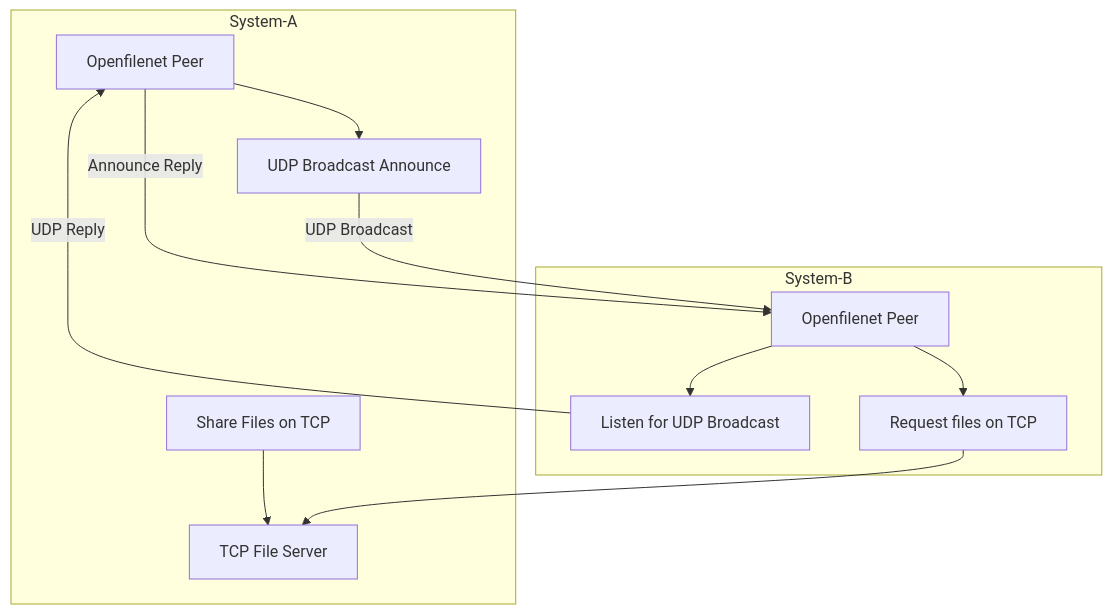
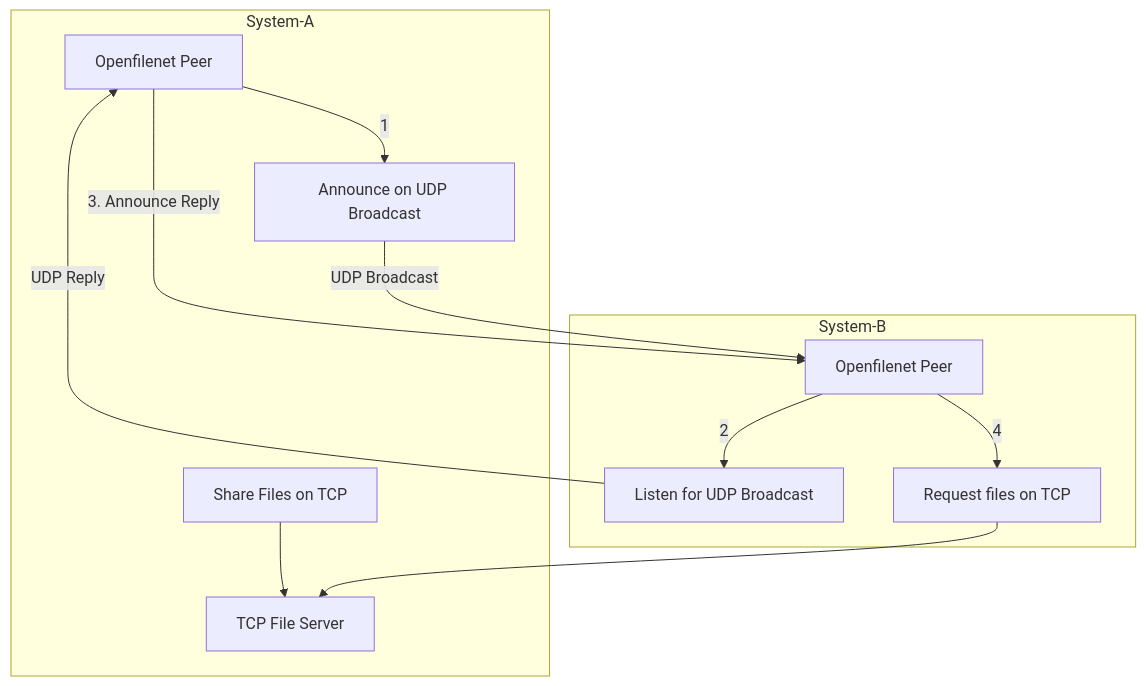
Before and after one commit to vamsi-karnam/openfilenet: the diagram in README.md, drawn with Mermaid.

Commit message:
update flowchart

````diff
--- a/README.md
+++ b/README.md
@@ -44,25 +44,25 @@
 ```mermaid
 flowchart TD
 
 subgraph System-A
   P1[Openfilenet Peer]
-  A1[UDP Broadcast Announce]
+  A1[Announce on UDP Broadcast]
   A2[Share Files on TCP]
   A3[TCP File Server]
 end
 
 subgraph System-B
   P2[Openfilenet Peer]
   B1[Listen for UDP Broadcast]
   B2[Request files on TCP]
 end
 
-P1 --> A1
+P1 -- "1" --> A1
 A1 -- "UDP Broadcast" --> P2
-P2 --> B1
+P2 -- "2" --> B1
 B1 -- "UDP Reply" --> P1
-P1 -- "Announce Reply" --> P2
-P2 --> B2 --> A3
+P1 -- "3. Announce Reply" --> P2
+P2 -- "4" --> B2 --> A3
 A2 --> A3 
 
 ```
````
